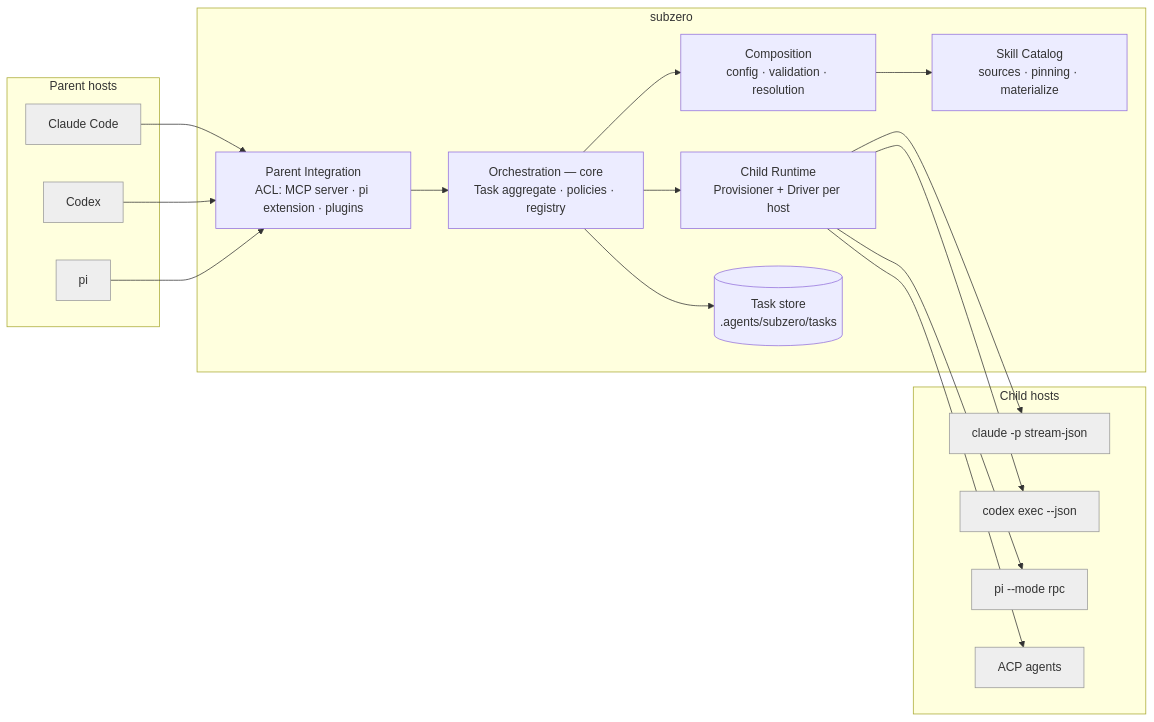
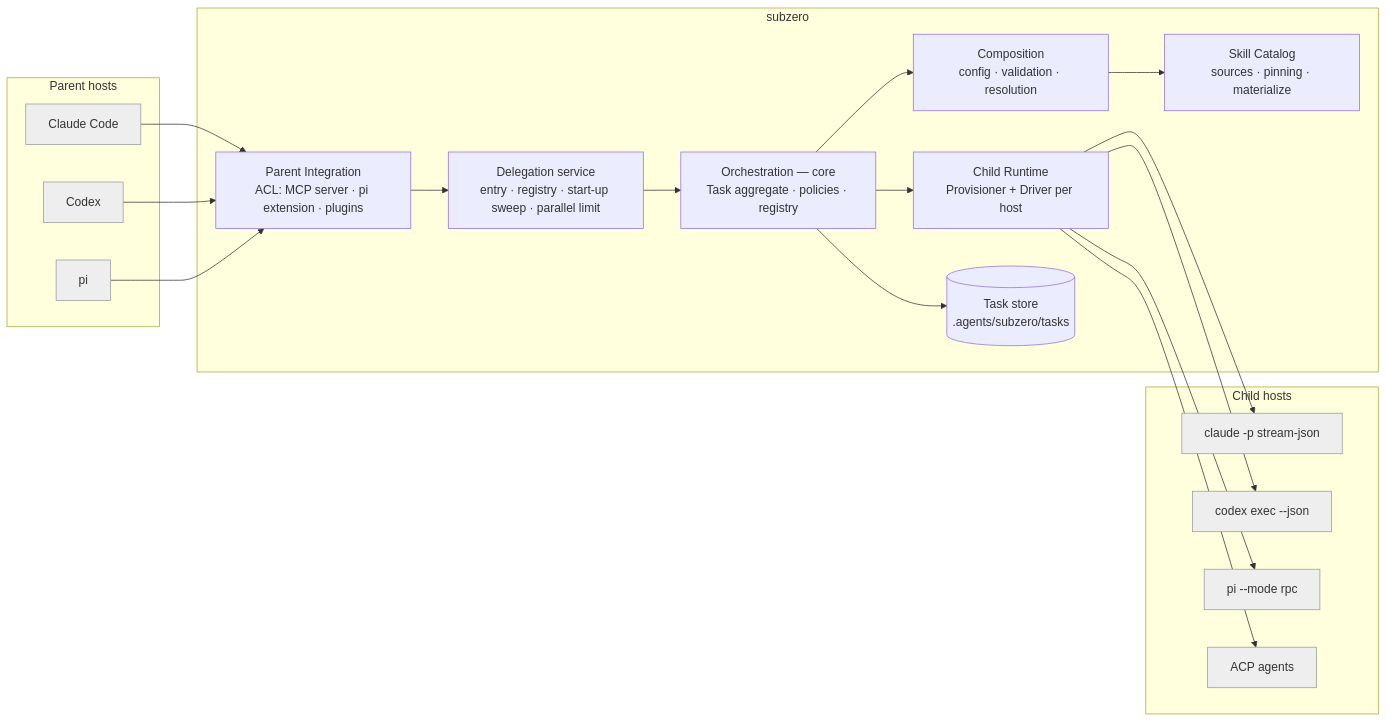
One commit to farhoud/sub0 changed the first of 3 diagrams in docs/design.md. Above: the diagram before and after it, drawn with Mermaid. The commit also changed other lines of this file and 94 other files, not shown here.

````diff
--- a/docs/design.md
+++ b/docs/design.md
@@ -31,27 +44,28 @@
 ```mermaid
 flowchart LR
   subgraph Parent hosts
     CC[Claude Code]:::h
     CX[Codex]:::h
     PI[pi]:::h
   end
   subgraph subzero
     PA[Parent Integration<br/>ACL: MCP server · pi extension · plugins]
+    DS[Delegation service<br/>entry · registry · start-up sweep · parallel limit]
     CO[Composition<br/>config · validation · resolution]
     SC[Skill Catalog<br/>sources · pinning · materialize]
     OR[Orchestration — core<br/>Task aggregate · policies · registry]
     CR[Child Runtime<br/>Provisioner + Driver per host]
     RL[(Task store<br/>.agents/subzero/tasks)]
   end
   subgraph Child hosts
     C1[claude -p stream-json]:::h
     C2[codex exec --json]:::h
     C3[pi --mode rpc]:::h
     C4[ACP agents]:::h
   end
-  CC & CX & PI --> PA --> OR
+  CC & CX & PI --> PA --> DS --> OR
   OR --> CO --> SC
   OR --> CR --> C1 & C2 & C3 & C4
   OR --> RL
   classDef h fill:#eee,stroke:#999
 ```
````
